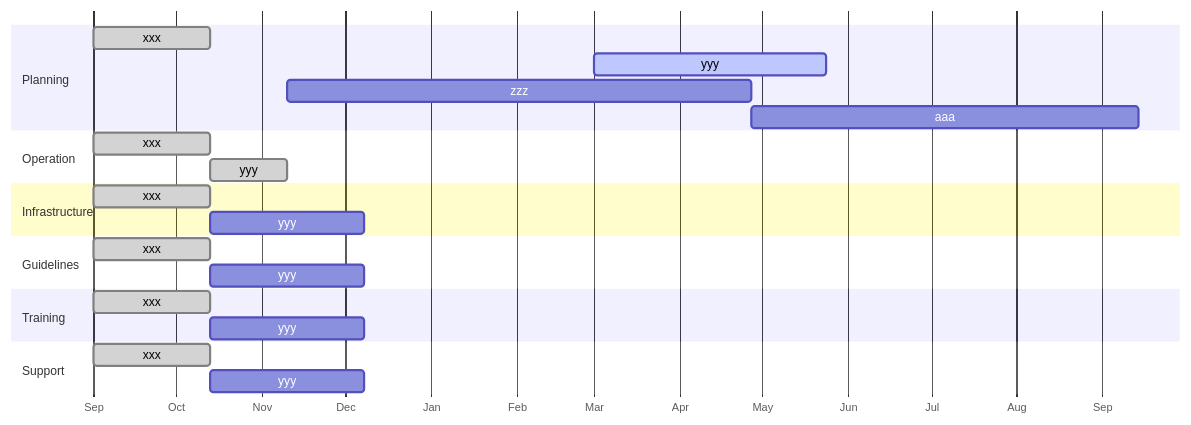
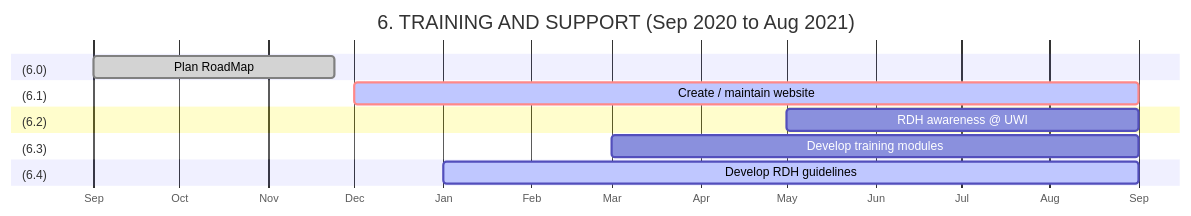
The sixth of 7 diagrams in content/home/roadmap.md (ianhambleton/website-rdh-version1), drawn with Mermaid before and after one commit. The commit also changed other lines of this file and 7 other files, not shown here.

````diff
--- a/content/home/roadmap.md
+++ b/content/home/roadmap.md
@@ -74,38 +190,19 @@
 ```mermaid
 gantt
+  title 6. TRAINING AND SUPPORT (Sep 2020 to Aug 2021)
   dateFormat  YYYY-M
   axisFormat  %b
   todayMarker stroke-width:5px,stroke:#fb2d50,opacity:0.25
 
-  %% section 1 - planning
-  section Planning
-  xxx     :done ,   task-a, 2021-9, 6w
-  yyy               :active,  task-b, 2022-3, 12w
-  zzz            :         task-c, after task-b, 24w
-  aaa            :         task-d, after task-c, 20w
-
-  %% section 2 - operations
-  section Operation
- xxx     :done ,   task-a, 2021-9, 6w
- yyy       :done ,   task-b, after task-a, 4w
-
-  %% section 3 - infrastructure
-  section Infrastructure
-  xxx     :done ,   task-a, 2021-9, 6w
-  yyy      : 8w
-  
-  %% section 4 - guidelines
-  section Guidelines
-  xxx     :done ,   task-a, 2021-9, 6w
-  yyy      : 8w
-
-  %% section 5 - training
-  section Training
-  xxx     :done ,   task-a, 2021-9, 6w
-  yyy      : 8w  
-  
-  %% section 6 - support
-  section Support
-  xxx     :done ,   task-a, 2021-9, 6w
-  yyy      : 8w  
+  %% section 1 -  TRAINING AND SUPPORT (PHASE 0)
+  section (6.0)
+  Plan RoadMap                 : done , a6-0, 2020-09, 12w
+  section (6.1)
+  Create / maintain website   : crit, active, a6-1, 2020-12, 2021-9
+  section (6.2)
+  RDH awareness @ UWI            : a6-2, 2021-5, 2021-9
+  section (6.3)
+  Develop training modules            : a6-3, 2021-3, 2021-9
+  section (6.4)
+  Develop RDH guidelines            : active, a6-4, 2021-1, 2021-9
   ```
````
